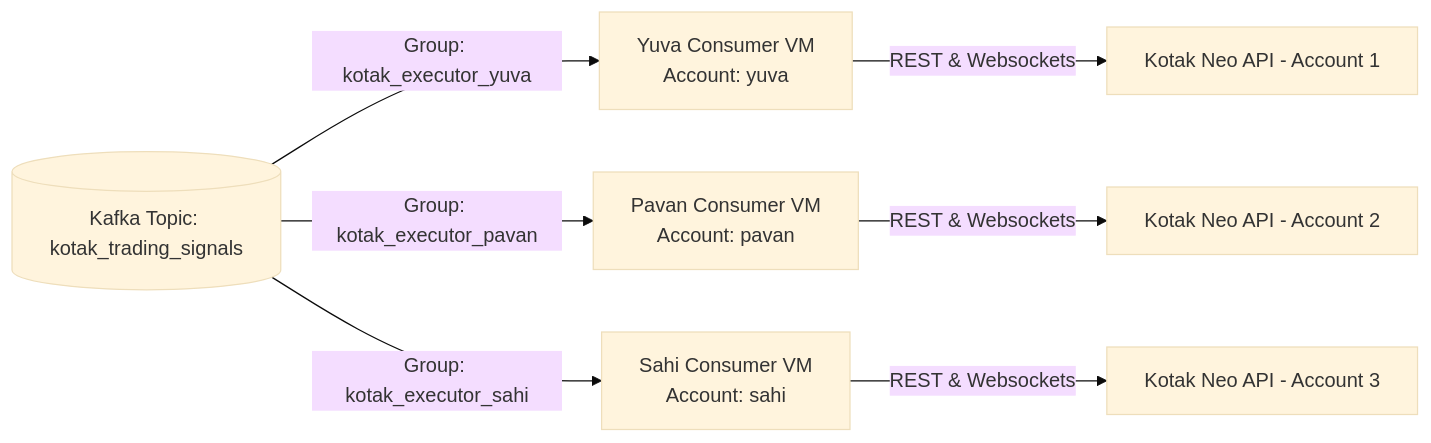
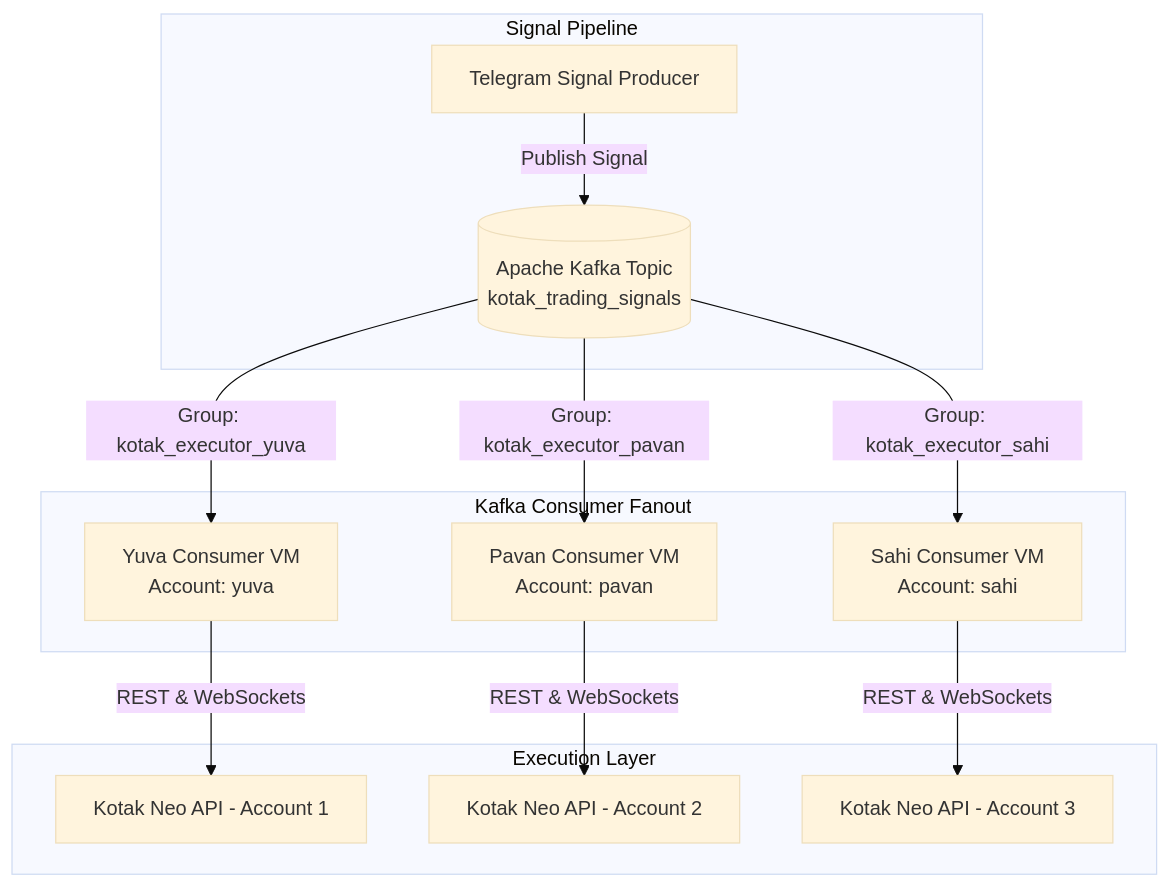
The diagram in README.md (pawanbudati/neo-tel-order-processor), drawn with Mermaid (base theme) before and after one commit. The commit also changed other lines of this file, not shown here.

Commit message:
Update comprehensive README with multi-VM architecture, event-loop resiliency, and troubleshooting

````diff
--- a/README.md
+++ b/README.md
@@ -12,10 +14,18 @@
 ```mermaid
-flowchart LR
-    KF[(Kafka Topic: kotak_trading_signals)] -->|Group: kotak_executor_yuva| C1[Yuva Consumer VM\nAccount: yuva]
-    KF -->|Group: kotak_executor_pavan| C2[Pavan Consumer VM\nAccount: pavan]
-    KF -->|Group: kotak_executor_sahi| C3[Sahi Consumer VM\nAccount: sahi]
-    
-    C1 -->|REST & Websockets| KN1[Kotak Neo API - Account 1]
-    C2 -->|REST & Websockets| KN2[Kotak Neo API - Account 2]
-    C3 -->|REST & Websockets| KN3[Kotak Neo API - Account 3]
+flowchart TD
+    subgraph Signal Pipeline
+        KP[Telegram Signal Producer] -->|Publish Signal| KB[(Apache Kafka Topic\nkotak_trading_signals)]
+    end
+
+    subgraph Kafka Consumer Fanout
+        KB -->|Group: kotak_executor_yuva| VM1[Yuva Consumer VM\nAccount: yuva]
+        KB -->|Group: kotak_executor_pavan| VM2[Pavan Consumer VM\nAccount: pavan]
+        KB -->|Group: kotak_executor_sahi| VM3[Sahi Consumer VM\nAccount: sahi]
+    end
+
+    subgraph Execution Layer
+        VM1 -->|REST & WebSockets| KN1[Kotak Neo API - Account 1]
+        VM2 -->|REST & WebSockets| KN2[Kotak Neo API - Account 2]
+        VM3 -->|REST & WebSockets| KN3[Kotak Neo API - Account 3]
+    end
 ```
````
